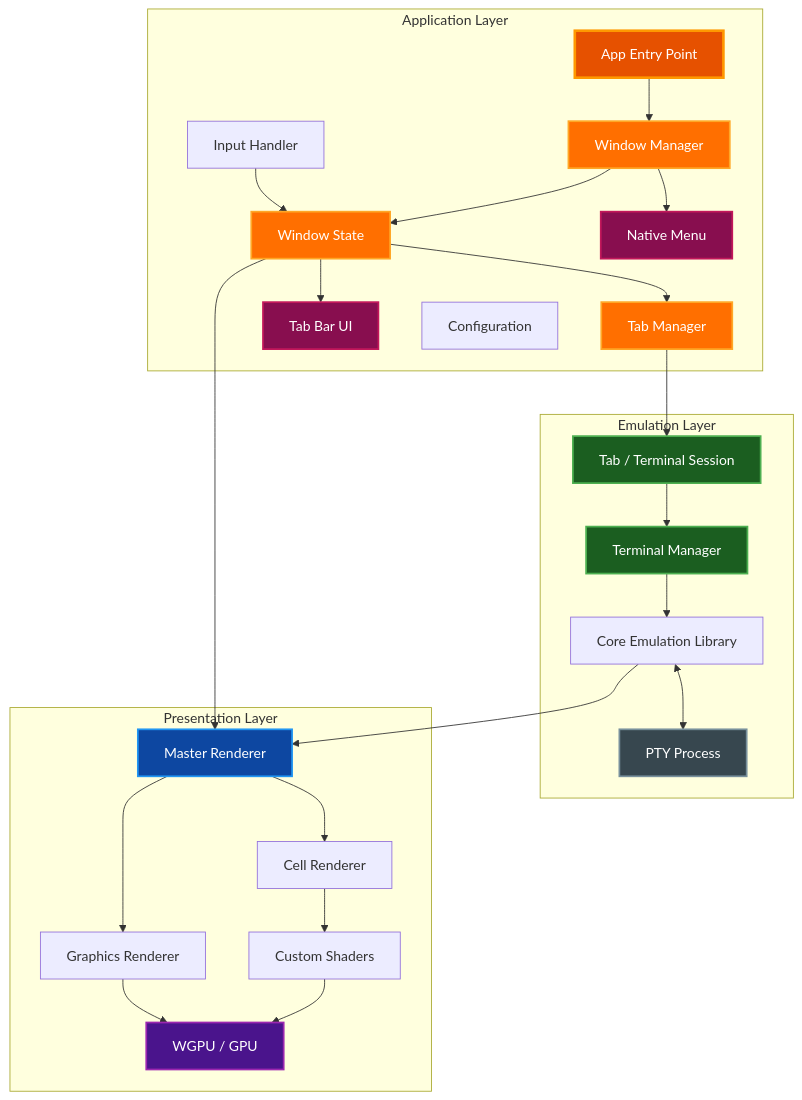
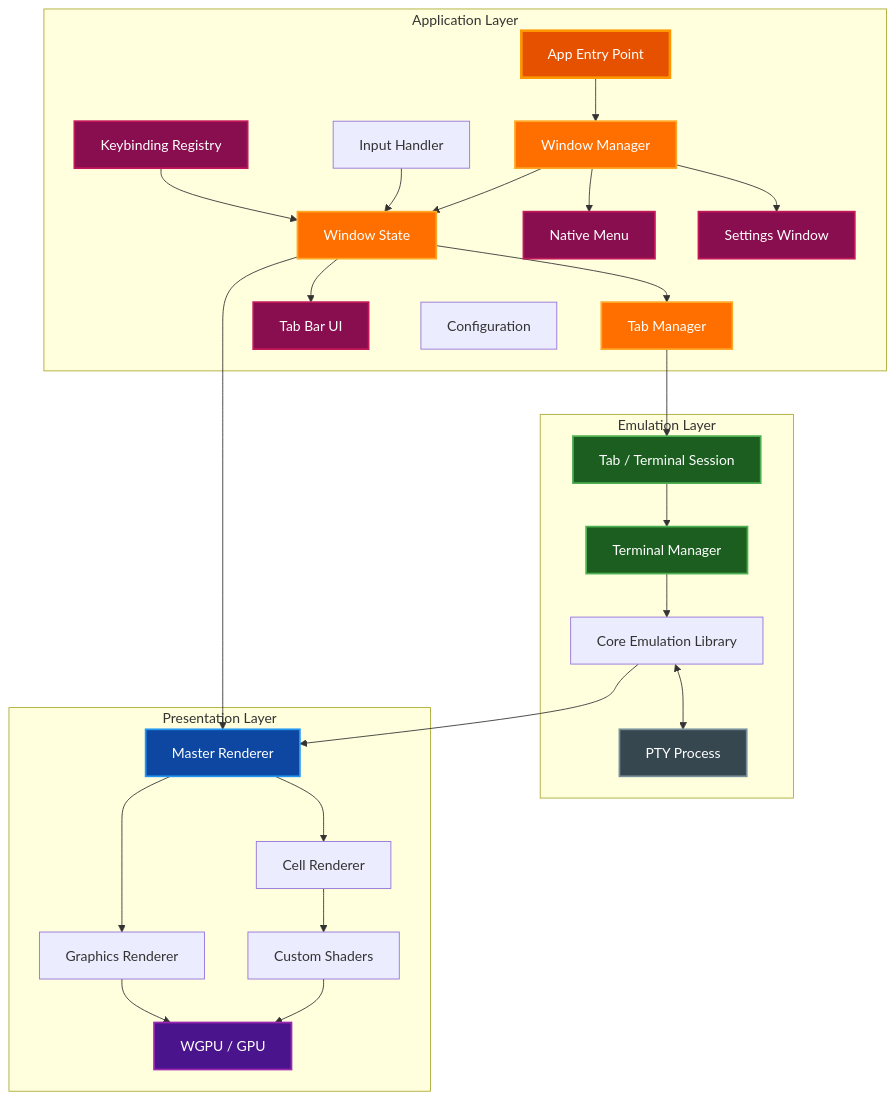
Before and after one commit to paulrobello/par-term: the first of 2 diagrams in docs/ARCHITECTURE.md, drawn with Mermaid. The commit also changed other lines of this file and 24 other files, not shown here.

````diff
--- a/docs/ARCHITECTURE.md
+++ b/docs/ARCHITECTURE.md
@@ -31,58 +31,64 @@
 ```mermaid
 graph TB
     subgraph "Application Layer"
         App[App Entry Point]
         WM[Window Manager]
         WS[Window State]
         TabMgr[Tab Manager]
         TabUI[Tab Bar UI]
         Menu[Native Menu]
         Input[Input Handler]
+        Keybind[Keybinding Registry]
         Config[Configuration]
+        SettingsWin[Settings Window]
     end
 
     subgraph "Emulation Layer"
         Tab[Tab / Terminal Session]
         TM[Terminal Manager]
         Core[Core Emulation Library]
         PTY[PTY Process]
     end
 
     subgraph "Presentation Layer"
         Renderer[Master Renderer]
         CellRender[Cell Renderer]
         GraphicRender[Graphics Renderer]
         Shader[Custom Shaders]
         GPU[WGPU / GPU]
     end
 
     App --> WM
     WM --> WS
     WM --> Menu
+    WM --> SettingsWin
     Input --> WS
+    Keybind --> WS
     WS --> TabMgr
     WS --> TabUI
     TabMgr --> Tab
     Tab --> TM
     WS --> Renderer
     TM --> Core
     Core <--> PTY
     Core --> Renderer
     Renderer --> CellRender
     Renderer --> GraphicRender
     CellRender --> Shader
     Shader --> GPU
     GraphicRender --> GPU
 
     style App fill:#e65100,stroke:#ff9800,stroke-width:3px,color:#ffffff
     style WM fill:#ff6f00,stroke:#ffa726,stroke-width:2px,color:#ffffff
     style WS fill:#ff6f00,stroke:#ffa726,stroke-width:2px,color:#ffffff
     style TabMgr fill:#ff6f00,stroke:#ffa726,stroke-width:2px,color:#ffffff
     style TabUI fill:#880e4f,stroke:#c2185b,stroke-width:2px,color:#ffffff
     style Menu fill:#880e4f,stroke:#c2185b,stroke-width:2px,color:#ffffff
+    style Keybind fill:#880e4f,stroke:#c2185b,stroke-width:2px,color:#ffffff
+    style SettingsWin fill:#880e4f,stroke:#c2185b,stroke-width:2px,color:#ffffff
     style Tab fill:#1b5e20,stroke:#4caf50,stroke-width:2px,color:#ffffff
     style TM fill:#1b5e20,stroke:#4caf50,stroke-width:2px,color:#ffffff
     style Renderer fill:#0d47a1,stroke:#2196f3,stroke-width:2px,color:#ffffff
     style PTY fill:#37474f,stroke:#78909c,stroke-width:2px,color:#ffffff
     style GPU fill:#4a148c,stroke:#9c27b0,stroke-width:2px,color:#ffffff
 ```
````
